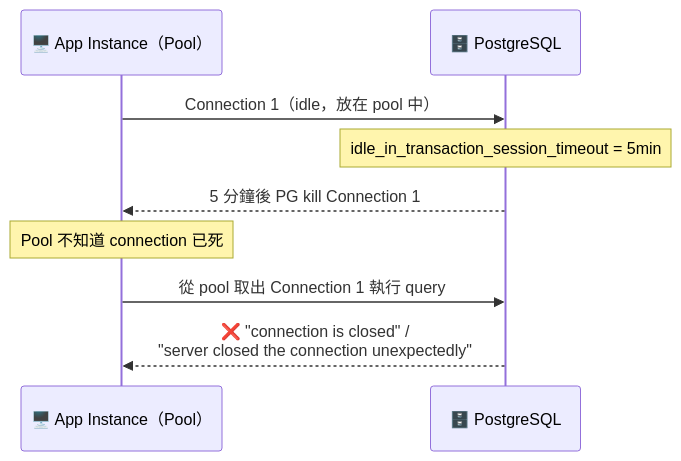
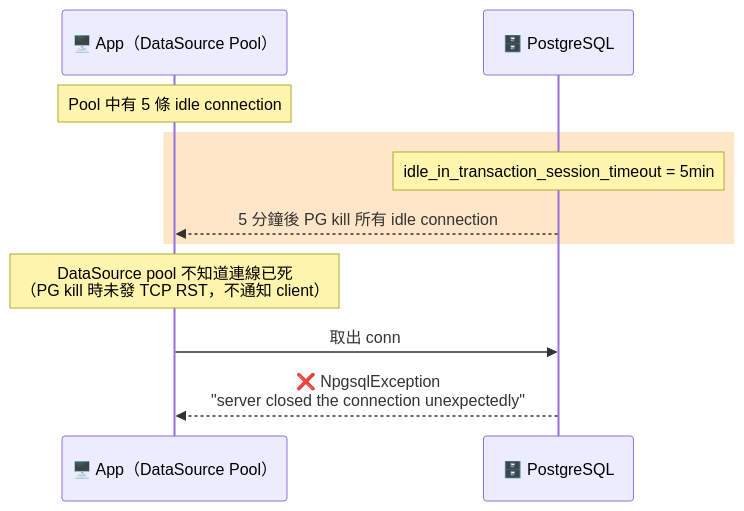
Diagram 21 of 24 in transaction/transaction.md (henry-tpwong/postgresql_note), drawn with Mermaid before and after one commit. The commit also changed other lines of this file, not shown here.

First line of the commit message:
docs(transaction): 重組章節結構，補 2PL/S2PL、NpgsqlDataSource、Pool 耗盡排查

````diff
--- a/transaction/transaction.md
+++ b/transaction/transaction.md
@@ -1729,12 +1404,17 @@
 ```mermaid
 sequenceDiagram
-    participant App as 🖥️ App Instance（Pool）
+    participant Svc as 🖥️ App（DataSource Pool）
     participant PG as 🗄️ PostgreSQL
 
-    App->>PG: Connection 1（idle，放在 pool 中）
-    Note over PG: idle_in_transaction_session_timeout = 5min
-    PG-->>App: 5 分鐘後 PG kill Connection 1
-    Note over App: Pool 不知道 connection 已死
-    App->>PG: 從 pool 取出 Connection 1 執行 query
-    PG-->>App: ❌ "connection is closed" /<br/>"server closed the connection unexpectedly"
+    Note over Svc: Pool 中有 5 條 idle connection
+
+    rect rgb(255, 230, 200)
+        Note over PG: idle_in_transaction_session_timeout = 5min
+        PG-->>Svc: 5 分鐘後 PG kill 所有 idle connection
+    end
+
+    Note over Svc: DataSource pool 不知道連線已死<br/>（PG kill 時未發 TCP RST，不通知 client）
+
+    Svc->>PG: 取出 conn #3 執行 query
+    PG-->>Svc: ❌ NpgsqlException<br/>"server closed the connection unexpectedly"
 ```
````
